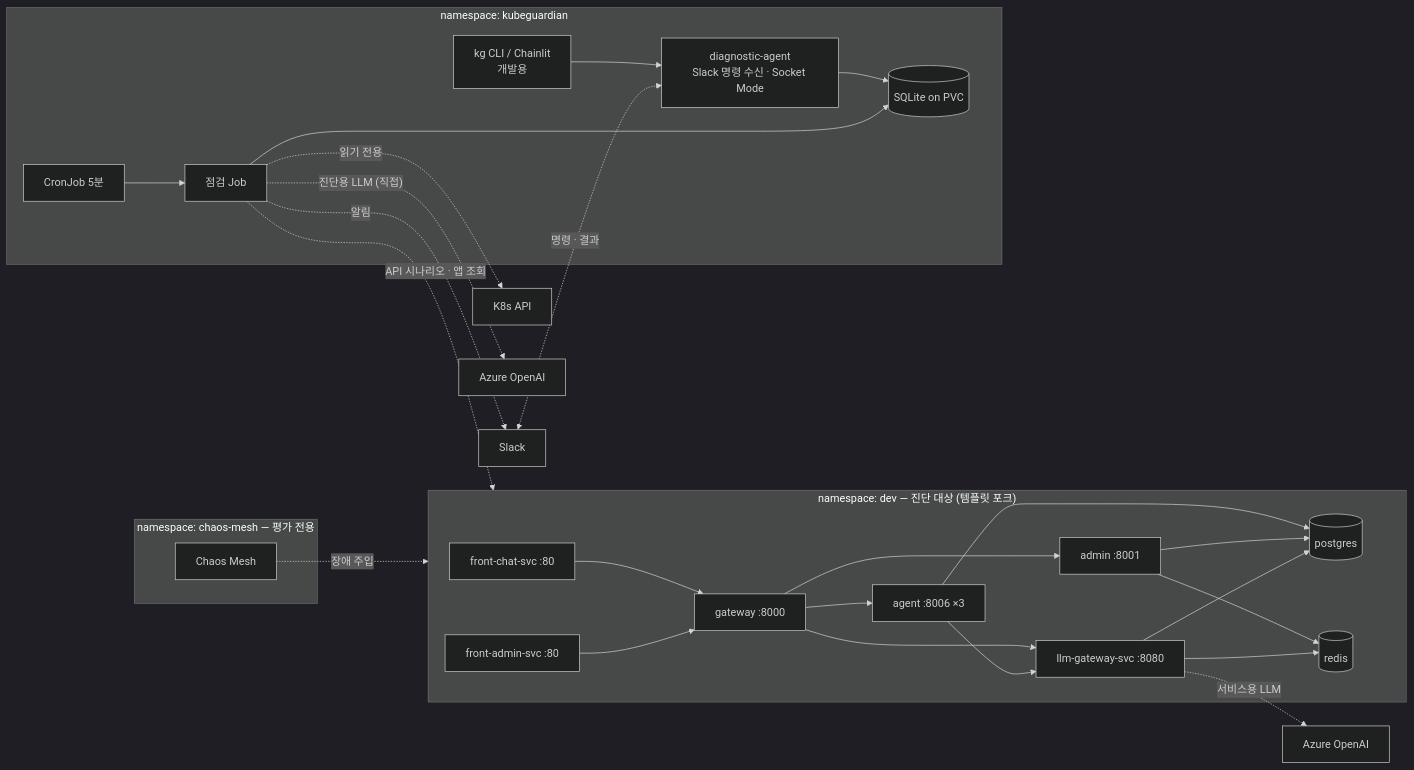
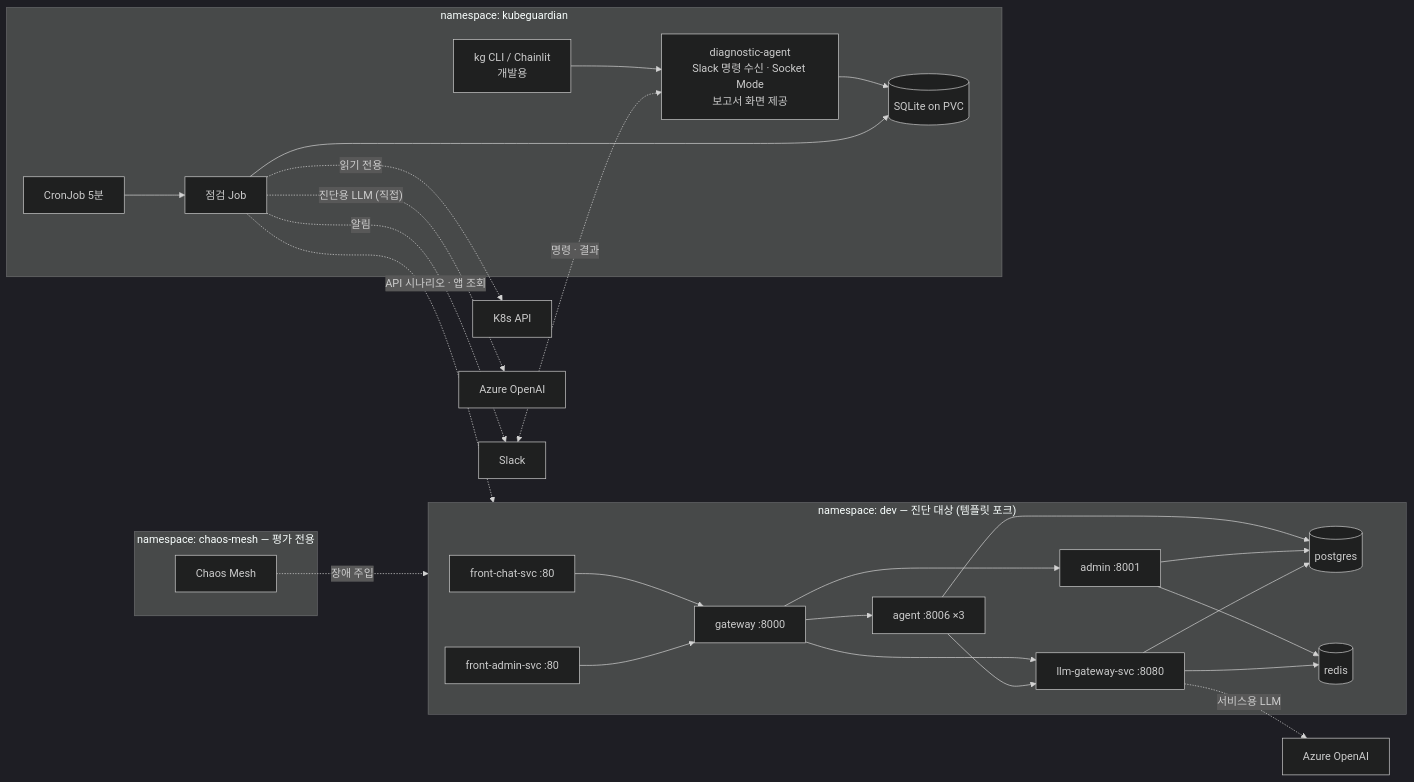
The second of 3 diagrams in docs/01-project-proposal.md (skax-jihyeryu/KubeGuardian), drawn with Mermaid (dark theme) before and after one commit. The commit also changed other lines of this file and 6 other files, not shown here.

````diff
--- a/docs/01-project-proposal.md
+++ b/docs/01-project-proposal.md
@@ -160,32 +166,32 @@
 ```mermaid
 flowchart LR
     subgraph ns_dev["namespace: dev — 진단 대상 (템플릿 포크)"]
         FC[front-chat-svc :80] --> GW[gateway :8000]
         FA[front-admin-svc :80] --> GW
         GW --> AG[agent :8006 ×3]
         GW --> AD[admin :8001]
         GW --> LG[llm-gateway-svc :8080]
         AG --> LG
         AG --> PG[(postgres)]
         AD --> PG
         AD --> RD[(redis)]
         LG --> PG
         LG --> RD
     end
     LG -. 서비스용 LLM .-> AOAI1[Azure OpenAI]
     subgraph ns_kg[namespace: kubeguardian]
         CJ[CronJob 5분] --> JOB[점검 Job]
-        DA[diagnostic-agent<br/>Slack 명령 수신 · Socket Mode] --> ST
+        DA[diagnostic-agent<br/>Slack 명령 수신 · Socket Mode<br/>보고서 화면 제공] --> ST
         CLI[kg CLI / Chainlit<br/>개발용] --> DA
         JOB --> ST[(SQLite on PVC)]
     end
     JOB -. 읽기 전용 .-> K8S[K8s API]
     JOB -. API 시나리오 · 앱 조회 .-> ns_dev
     JOB -. 진단용 LLM (직접) .-> AOAI2[Azure OpenAI]
     JOB -. 알림 .-> SLACK[Slack]
     SLACK <-. 명령 · 결과 .-> DA
     subgraph ns_chaos[namespace: chaos-mesh — 평가 전용]
         CM[Chaos Mesh]
     end
     CM -. 장애 주입 .-> ns_dev
 ```
````
